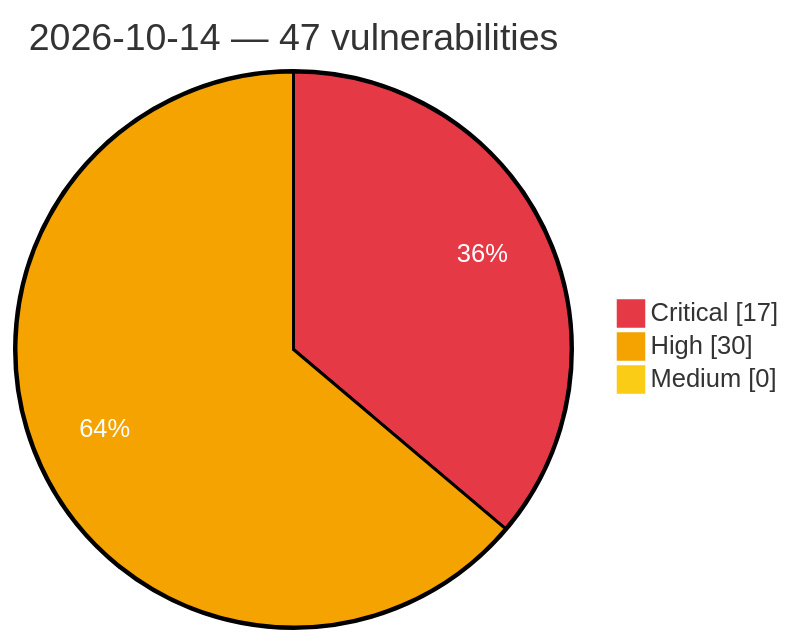
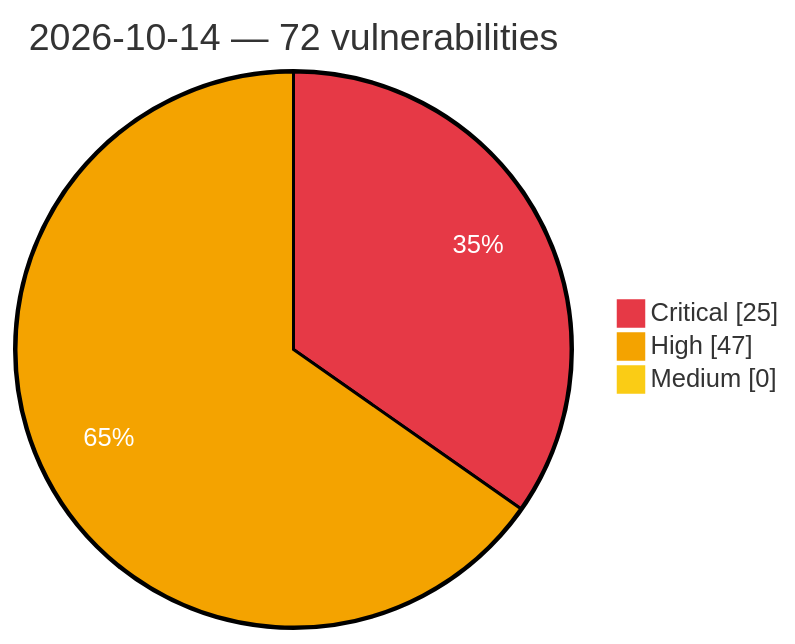
One commit to GhostX0X/vuln-tracker changed the diagram in vulnerabilities/2026/October/2026-10-14.md. Above: the diagram before and after it, drawn with Mermaid. The commit also changed other lines of this file and 5 other files, not shown here.

Commit message:
Auto update: critical/high vulns (2026-10-14 19:22 UTC)

````diff
--- a/vulnerabilities/2026/October/2026-10-14.md
+++ b/vulnerabilities/2026/October/2026-10-14.md
@@ -3,8 +3,8 @@
 ```mermaid
 %%{init: {'theme':'base', 'themeVariables': {'pie1':'#e63946', 'pie2':'#f4a300', 'pie3':'#facc15', 'pieOpacity':'1', 'pieOuterStrokeWidth':'2px', 'pieSectionTextColor':'#ffffff'}}}%%
 pie showData
-    title 2026-10-14 — 47 vulnerabilities
-    "Critical" : 17
-    "High" : 30
+    title 2026-10-14 — 72 vulnerabilities
+    "Critical" : 25
+    "High" : 47
     "Medium" : 0
 ```
````
